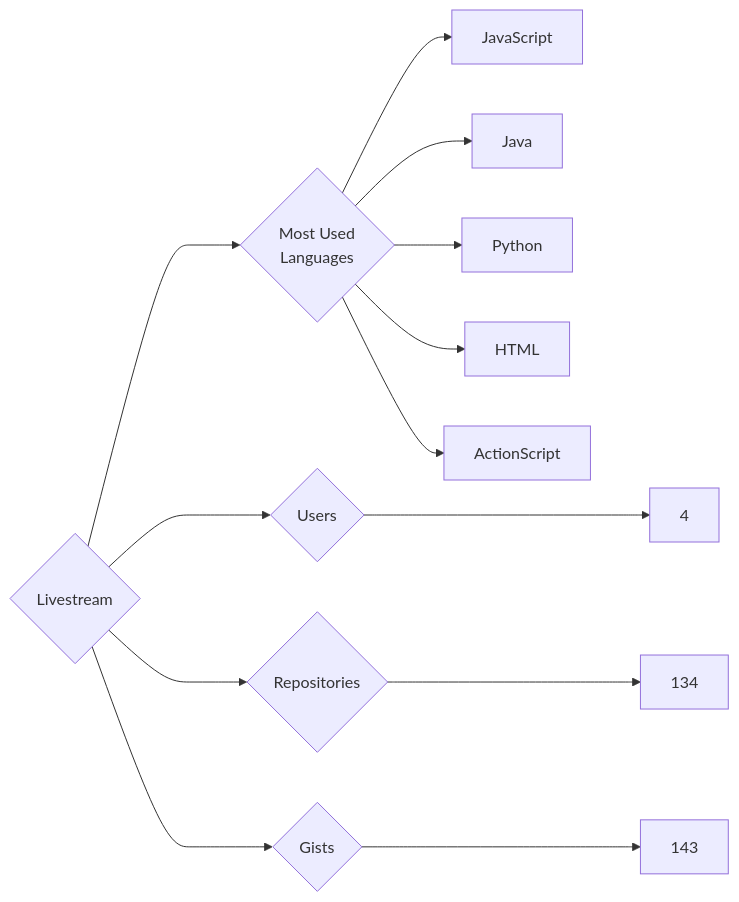
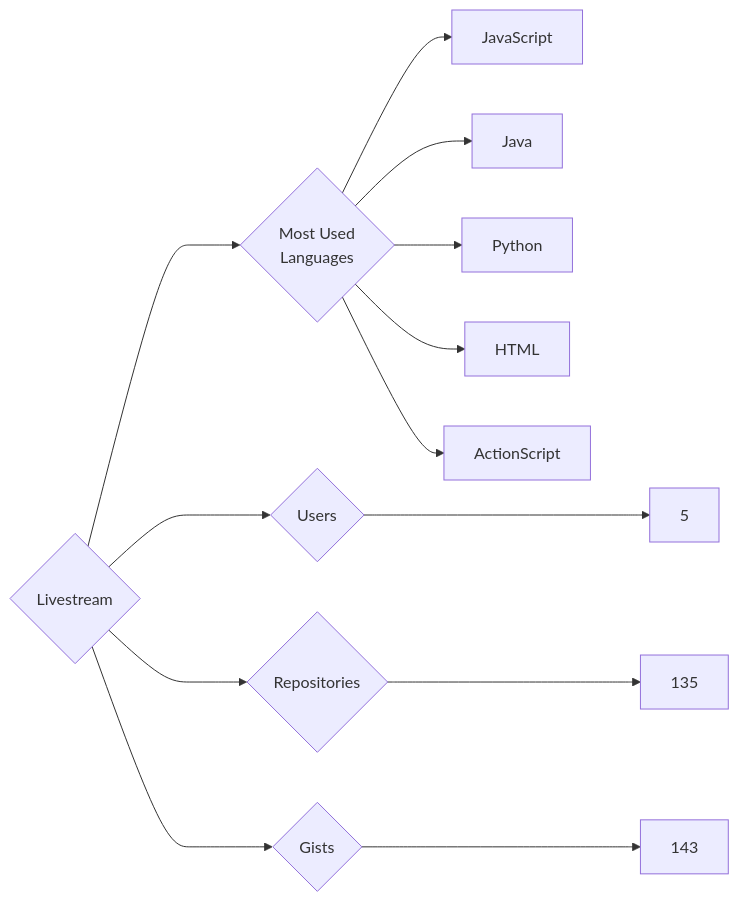
The diagram in targets/Livestream/README.md (trickest/insiders), drawn with Mermaid before and after one commit. The commit also changed 748 other files, not shown here.

````diff
--- a/targets/Livestream/README.md
+++ b/targets/Livestream/README.md
@@ -3,13 +3,13 @@
 ```mermaid
 graph LR
 COMPANY_NAME{Livestream}
-COMPANY_NAME ---> U{Users} ---> UN[4]
-COMPANY_NAME ---> R{Repositories} ---> RN[134]
+COMPANY_NAME ---> U{Users} ---> UN[5]
+COMPANY_NAME ---> R{Repositories} ---> RN[135]
 COMPANY_NAME ---> G{Gists} ---> GN[143]
 COMPANY_NAME ---> ML{Most Used<br>Languages}
 ML --> JavaScript[JavaScript]
 ML --> Java[Java]
 ML --> Python[Python]
 ML --> HTML[HTML]
 ML --> ActionScript[ActionScript]
 ```
````
